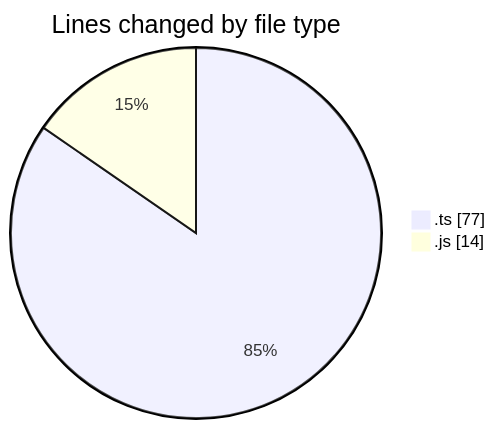
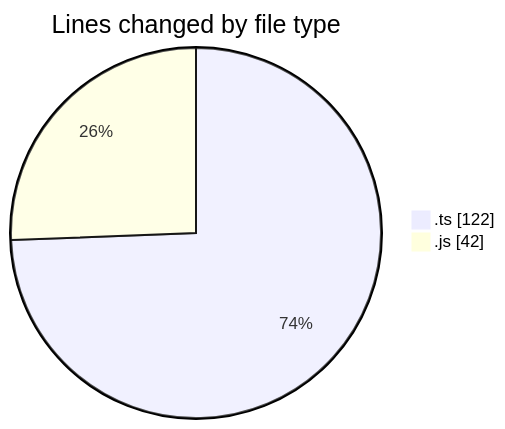
Before and after one commit to momahboobian/code-tracking: the first of 2 diagrams in 2026-11-03/cda/README.md, drawn with Mermaid. The commit also changed other lines of this file and 1 other file, not shown here.

````diff
--- a/2026-11-03/cda/README.md
+++ b/2026-11-03/cda/README.md
@@ -22,6 +24,6 @@
 ```mermaid
 pie showData
 title Lines changed by file type
-".ts" : 77
-".js" : 14
+".ts" : 122
+".js" : 42
 ```
````
